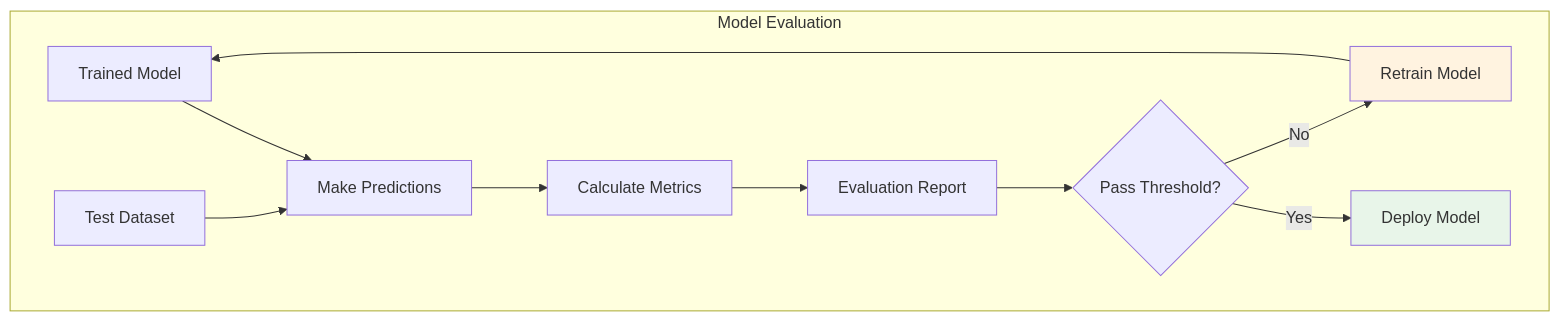
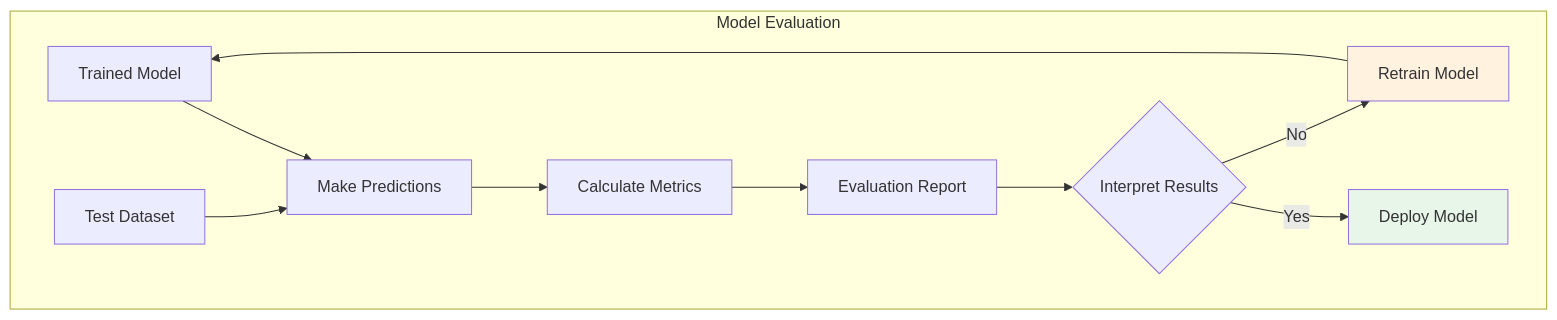
The first of 8 diagrams in plans/05-Model/04-Evaluation/01-model-evaluation.md (Evintkoo/2048-ml), drawn with Mermaid before and after one commit. The commit also changed other lines of this file and 144 other files, not shown here.

````diff
--- a/plans/05-Model/04-Evaluation/01-model-evaluation.md
+++ b/plans/05-Model/04-Evaluation/01-model-evaluation.md
@@ -22,18 +22,18 @@
 ```mermaid
 flowchart TD
     subgraph "Model Evaluation"
         Model[Trained Model]
         Test[Test Dataset]
         Model --> Predict[Make Predictions]
         Test --> Predict
         Predict --> Metrics[Calculate Metrics]
         Metrics --> Report[Evaluation Report]
-        Report --> Decision{Pass Threshold?}
+        Report --> Decision{Interpret Results}
         Decision --> |Yes| Deploy[Deploy Model]
         Decision --> |No| Retrain[Retrain Model]
         Retrain --> Model
     end
     
     style Deploy fill:#e8f5e9
     style Retrain fill:#fff3e0
 ```
````
